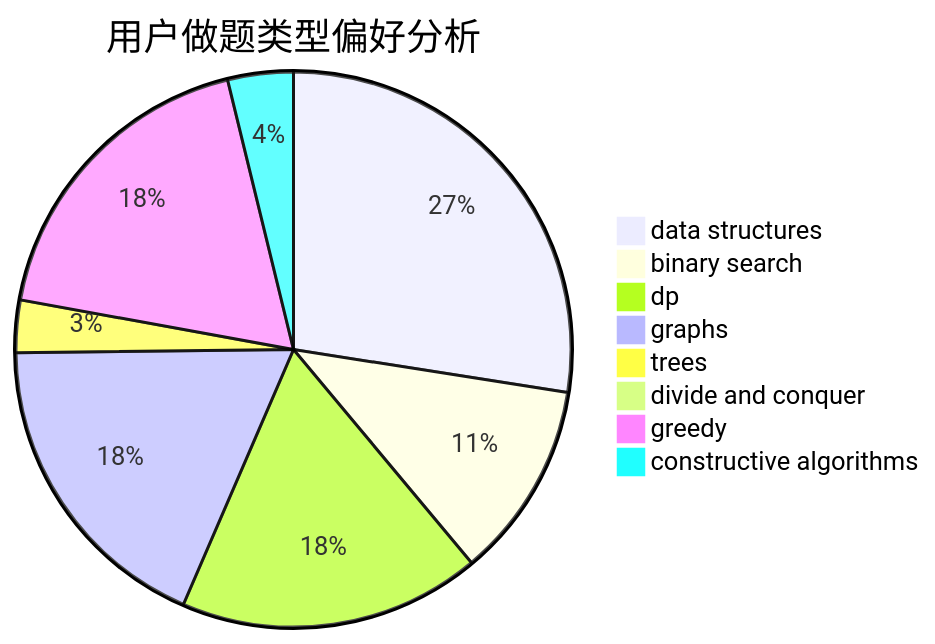
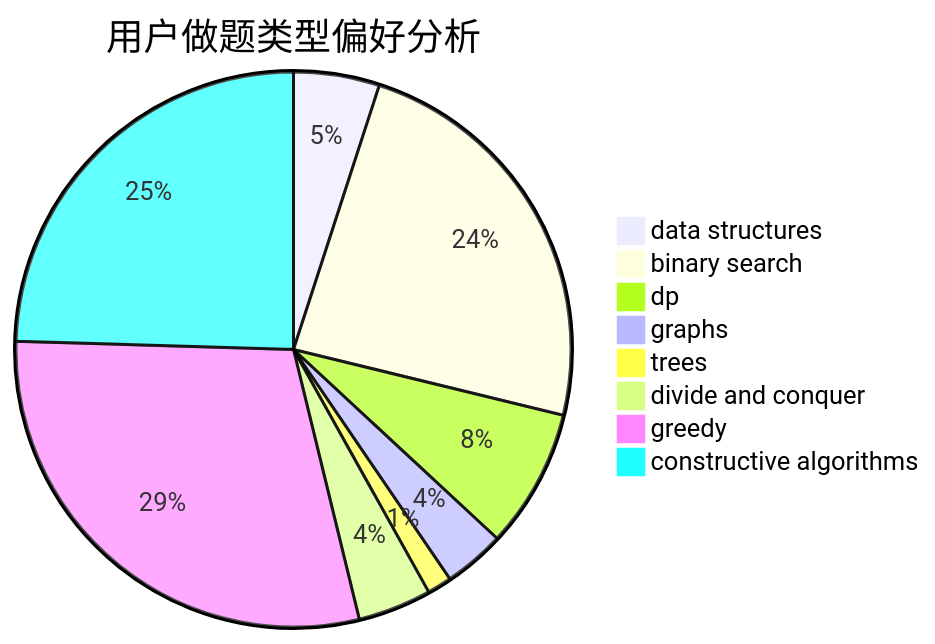
The second of 3 diagrams in docs/user/u40.md (sherpahu/cfrs.github.io), drawn with Mermaid before and after one commit. The commit also changed other lines of this file and 2770 other files, not shown here.

````diff
--- a/docs/user/u40.md
+++ b/docs/user/u40.md
@@ -23,11 +23,11 @@
 ```mermaid
 pie title 用户做题类型偏好分析
-    "data structures" :  36
-    "binary search" :  15
-    "dp" :  23
-    "graphs" :  24
-    "trees" :  4
-    "divide and conquer" :  0
-    "greedy" :  24
-    "constructive algorithms" :  5
+    "data structures" :  21
+    "binary search" :  100
+    "dp" :  34
+    "graphs" :  15
+    "trees" :  6
+    "divide and conquer" :  18
+    "greedy" :  123
+    "constructive algorithms" :  103
 ```
````
